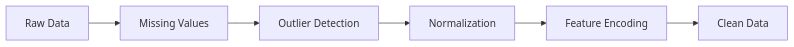
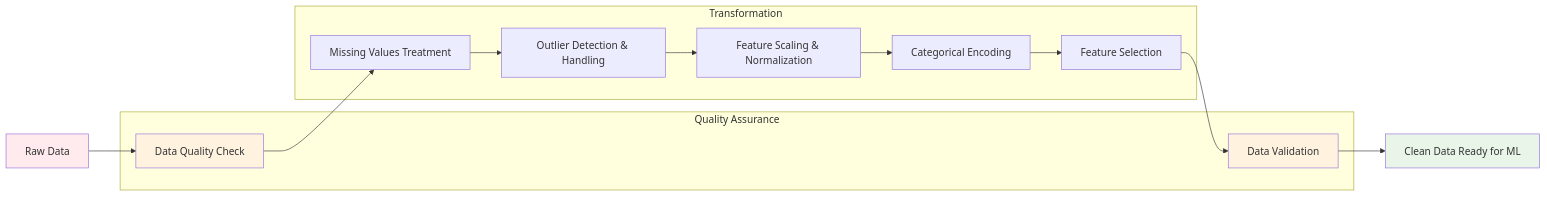
One commit to Porta048/ml-models-complete-guide changed the third of 23 diagrams in README.md. Above: the diagram before and after it, drawn with Mermaid. The commit also changed other lines of this file, not shown here.

````diff
--- a/README.md
+++ b/README.md
@@ -54,8 +57,29 @@
 ```mermaid
 flowchart LR
-    A[Raw Data] --> B[Missing Values]
-    B --> C[Outlier Detection]
-    C --> D[Normalization]
-    D --> E[Feature Encoding]
-    E --> F[Clean Data]
+    A[Raw Data] --> B[Data Quality Check]
+    B --> C[Missing Values Treatment]
+    C --> D[Outlier Detection & Handling]
+    D --> E[Feature Scaling & Normalization]
+    E --> F[Categorical Encoding]
+    F --> G[Feature Selection]
+    G --> H[Data Validation]
+    H --> I[Clean Data Ready for ML]
+
+    subgraph "Quality Assurance"
+        B
+        H
+    end
+
+    subgraph "Transformation"
+        C
+        D
+        E
+        F
+        G
+    end
+
+    style A fill:#ffebee
+    style I fill:#e8f5e8
+    style B fill:#fff3e0
+    style H fill:#fff3e0
 ```
````
